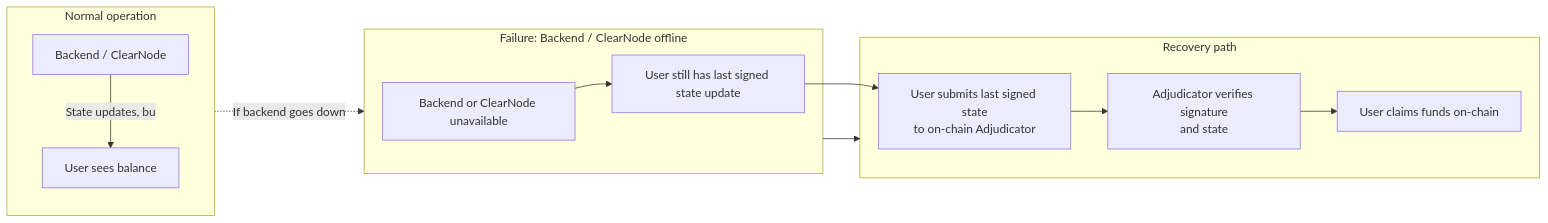
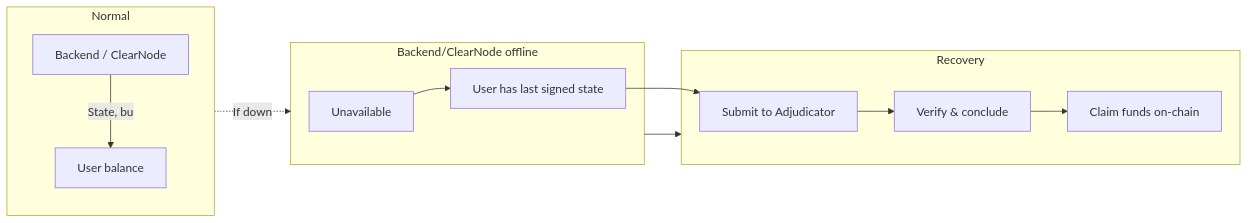
One commit to 0xarcano/UXWallet changed the second of 2 diagrams in .context/diagrams.md. Above: the diagram before and after it, drawn with Mermaid. The commit also changed other lines of this file and 29 other files, not shown here.

````diff
--- a/.context/diagrams.md
+++ b/.context/diagrams.md
@@ -167,21 +71,21 @@
 ```mermaid
 flowchart LR
-    subgraph Normal["Normal operation"]
+    subgraph Normal["Normal"]
         B[Backend / ClearNode]
-        B -->|State updates, bu| U[User sees balance]
+        B -->|State, bu| U[User balance]
     end
 
-    subgraph Failure["Failure: Backend / ClearNode offline"]
-        DOWN[Backend or ClearNode unavailable]
-        DOWN --> USER[User still has last signed state update]
+    subgraph Failure["Backend/ClearNode offline"]
+        DOWN[Unavailable]
+        DOWN --> USER[User has last signed state]
     end
 
-    subgraph Recovery["Recovery path"]
-        USER --> SUBMIT[User submits last signed state\nto on-chain Adjudicator]
-        SUBMIT --> VERIFY[Adjudicator verifies signature\nand state]
-        VERIFY --> CLAIM[User claims funds on-chain]
+    subgraph Recovery["Recovery"]
+        USER --> SUBMIT[Submit to Adjudicator]
+        SUBMIT --> VERIFY[Verify & conclude]
+        VERIFY --> CLAIM[Claim funds on-chain]
     end
 
-    Normal -.->|If backend goes down| Failure
+    Normal -.->|If down| Failure
     Failure --> Recovery
 ```
````
